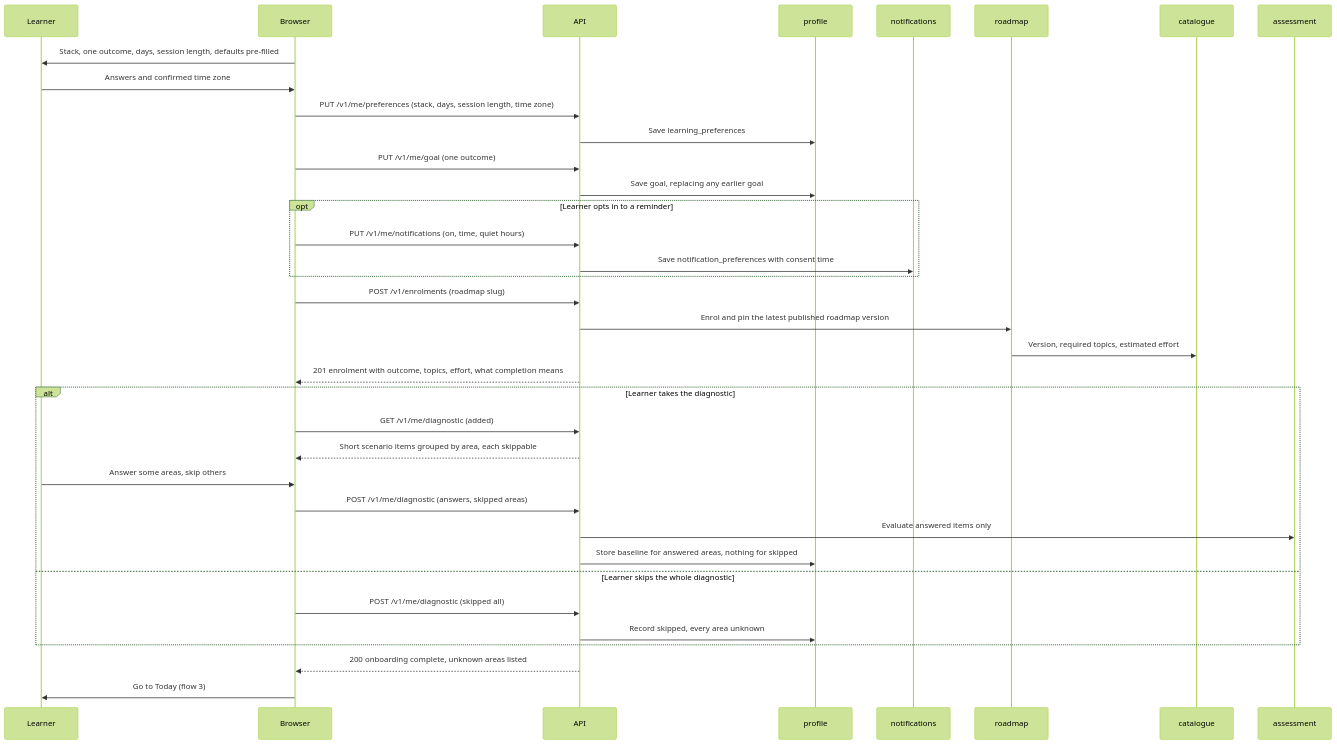
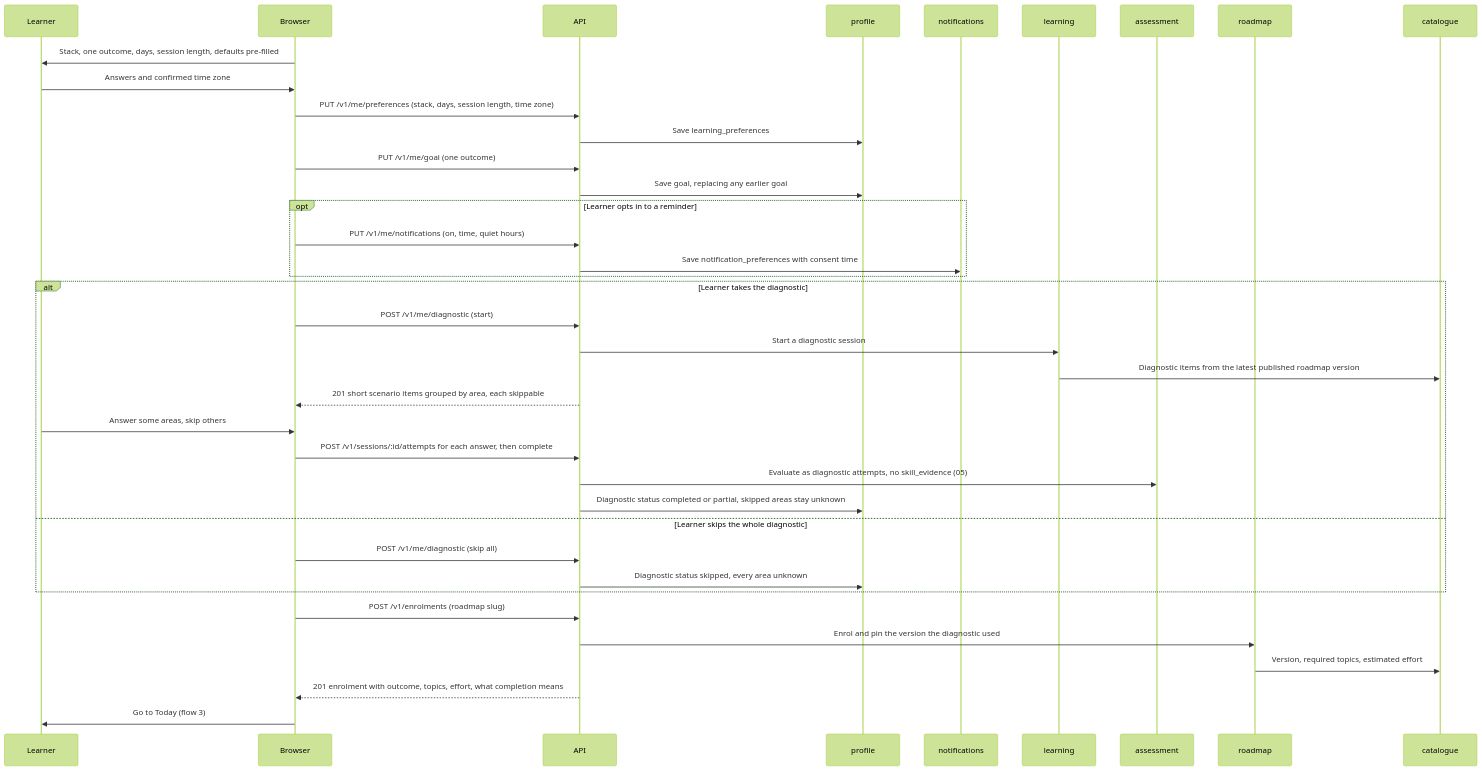
The fourth of 19 diagrams in devstep/docs/03-key-flows.md (GhanshyamSoni68/app_idea), drawn with Mermaid (forest theme) before and after one commit. The commit also changed other lines of this file and 8 other files, not shown here.

````diff
--- a/devstep/docs/03-key-flows.md
+++ b/devstep/docs/03-key-flows.md
@@ -243,38 +249,40 @@
 ```mermaid
 sequenceDiagram
     participant L as Learner
     participant B as Browser
     participant API
     participant PRF as profile
     participant NTF as notifications
+    participant LRN as learning
+    participant ASM as assessment
     participant RM as roadmap
     participant CAT as catalogue
-    participant ASM as assessment
     B->>L: Stack, one outcome, days, session length, defaults pre-filled
     L->>B: Answers and confirmed time zone
     B->>API: PUT /v1/me/preferences (stack, days, session length, time zone)
     API->>PRF: Save learning_preferences
     B->>API: PUT /v1/me/goal (one outcome)
     API->>PRF: Save goal, replacing any earlier goal
     opt Learner opts in to a reminder
         B->>API: PUT /v1/me/notifications (on, time, quiet hours)
         API->>NTF: Save notification_preferences with consent time
     end
+    alt Learner takes the diagnostic
+        B->>API: POST /v1/me/diagnostic (start)
+        API->>LRN: Start a diagnostic session
+        LRN->>CAT: Diagnostic items from the latest published roadmap version
+        API-->>B: 201 short scenario items grouped by area, each skippable
+        L->>B: Answer some areas, skip others
+        B->>API: POST /v1/sessions/:id/attempts for each answer, then complete
+        API->>ASM: Evaluate as diagnostic attempts, no skill_evidence (05)
+        API->>PRF: Diagnostic status completed or partial, skipped areas stay unknown
+    else Learner skips the whole diagnostic
+        B->>API: POST /v1/me/diagnostic (skip all)
+        API->>PRF: Diagnostic status skipped, every area unknown
+    end
     B->>API: POST /v1/enrolments (roadmap slug)
-    API->>RM: Enrol and pin the latest published roadmap version
+    API->>RM: Enrol and pin the version the diagnostic used
     RM->>CAT: Version, required topics, estimated effort
     API-->>B: 201 enrolment with outcome, topics, effort, what completion means
-    alt Learner takes the diagnostic
-        B->>API: GET /v1/me/diagnostic (added)
-        API-->>B: Short scenario items grouped by area, each skippable
-        L->>B: Answer some areas, skip others
-        B->>API: POST /v1/me/diagnostic (answers, skipped areas)
-        API->>ASM: Evaluate answered items only
-        API->>PRF: Store baseline for answered areas, nothing for skipped
-    else Learner skips the whole diagnostic
-        B->>API: POST /v1/me/diagnostic (skipped all)
-        API->>PRF: Record skipped, every area unknown
-    end
-    API-->>B: 200 onboarding complete, unknown areas listed
     B->>L: Go to Today (flow 3)
 ```
````
